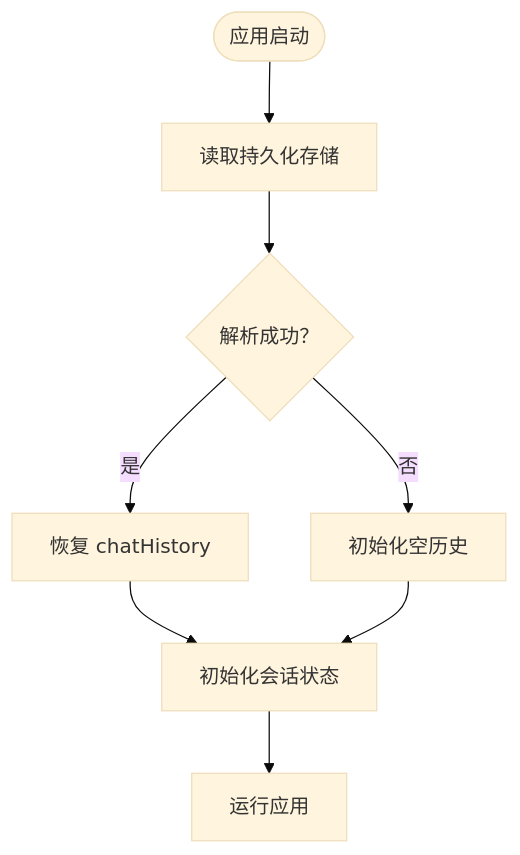
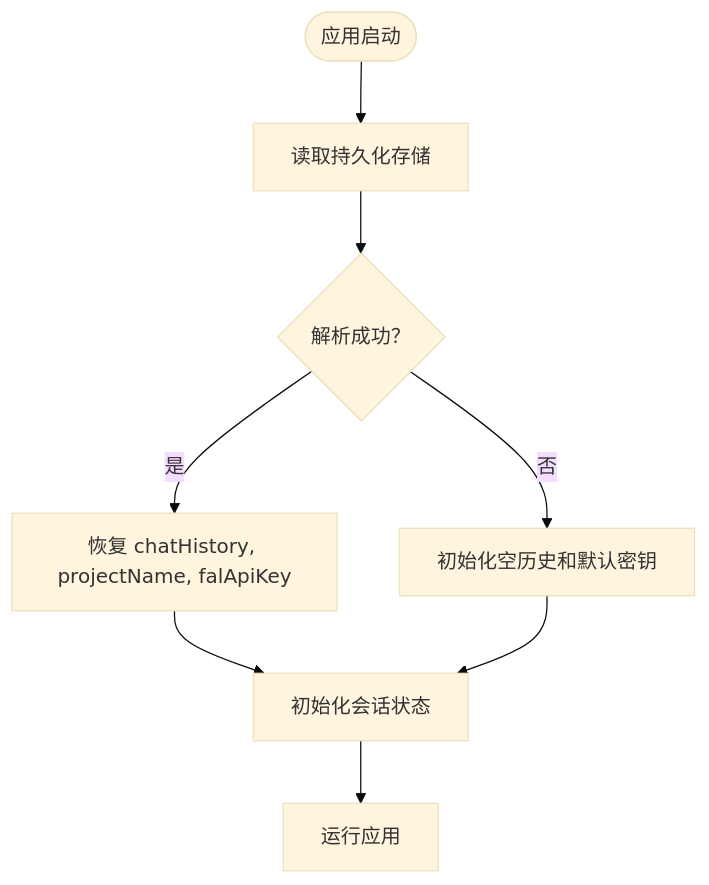
Before and after one commit to billye220670/BananaFlow2: the fifth of 12 diagrams in .qoder/repowiki/zh/content/核心功能模块/状态管理系统.md, drawn with Mermaid (base theme). The commit also changed other lines of this file and 7 other files, not shown here.

Commit message:
修复效果 auto 模式：FAL API 收到 'auto'，由模型自行决定最佳比例，生成后用实际宽高更新显示 指定比例（如 16:9、9:16 等）：正确传递，不再被覆盖为 1:1 占位图阶段：auto 时默认正方形占位，生成完成后自动更新为实际比例

````diff
--- a/.qoder/repowiki/zh/content/核心功能模块/状态管理系统.md
+++ b/.qoder/repowiki/zh/content/核心功能模块/状态管理系统.md
@@ -234,10 +284,10 @@
 ```mermaid
 flowchart TD
 Start(["应用启动"]) --> Load["读取持久化存储"]
 Load --> Parse{"解析成功？"}
-Parse --> |是| Restore["恢复 chatHistory"]
-Parse --> |否| Empty["初始化空历史"]
+Parse --> |是| Restore["恢复 chatHistory, projectName, falApiKey"]
+Parse --> |否| Empty["初始化空历史和默认密钥"]
 Restore --> Init["初始化会话状态"]
 Empty --> Init
 Init --> Run["运行应用"]
 ```
````
